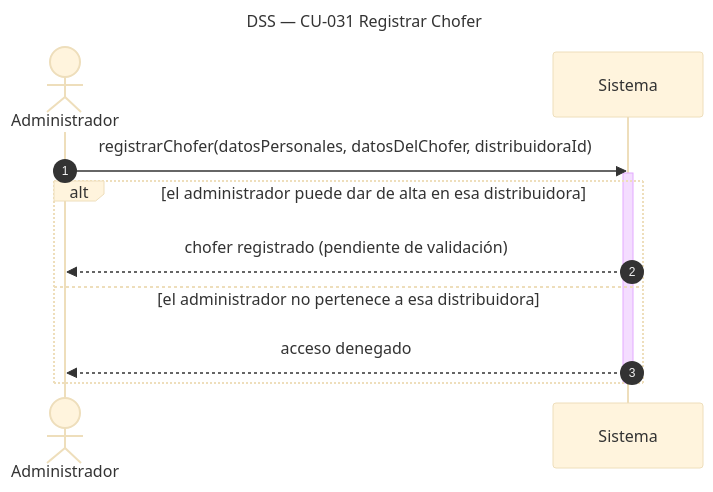
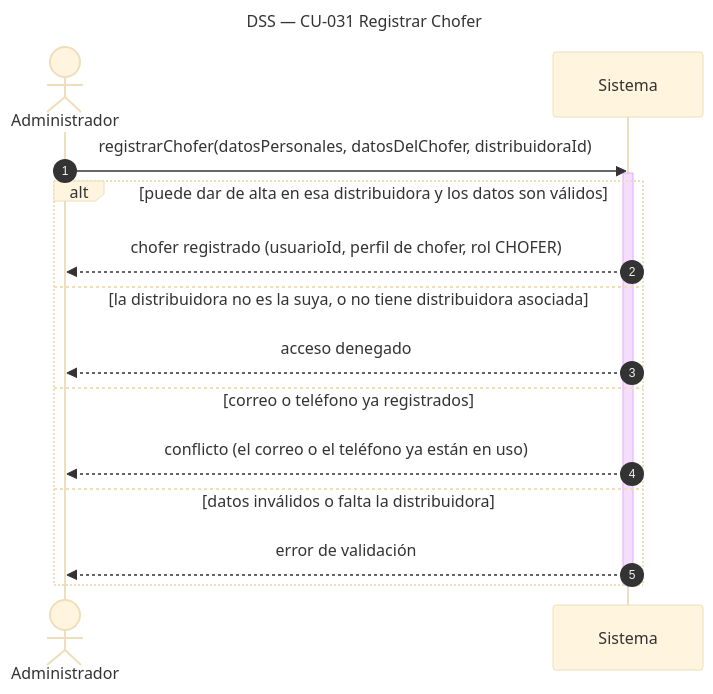
Before and after one commit to Nahuelito-Dev/splg-docs: the diagram in diagramas/DSS_CU-031_Registrar-Chofer.mmd, drawn with Mermaid (base theme). The commit also changed 47 other files, not shown here.

```diff
--- a/diagramas/DSS_CU-031_Registrar-Chofer.mmd
+++ b/diagramas/DSS_CU-031_Registrar-Chofer.mmd
@@ -1,14 +1,18 @@
 sequenceDiagram
     title DSS — CU-031 Registrar Chofer
     autonumber
     actor ADM as Administrador
     participant SIS as Sistema
 
     ADM->>SIS: registrarChofer(datosPersonales, datosDelChofer, distribuidoraId)
     activate SIS
-    alt el administrador puede dar de alta en esa distribuidora
-        SIS-->>ADM: chofer registrado (pendiente de validación)
-    else el administrador no pertenece a esa distribuidora
+    alt puede dar de alta en esa distribuidora y los datos son válidos
+        SIS-->>ADM: chofer registrado (usuarioId, perfil de chofer, rol CHOFER)
+    else la distribuidora no es la suya, o no tiene distribuidora asociada
         SIS-->>ADM: acceso denegado
+    else correo o teléfono ya registrados
+        SIS-->>ADM: conflicto (el correo o el teléfono ya están en uso)
+    else datos inválidos o falta la distribuidora
+        SIS-->>ADM: error de validación
     end
     deactivate SIS
```
